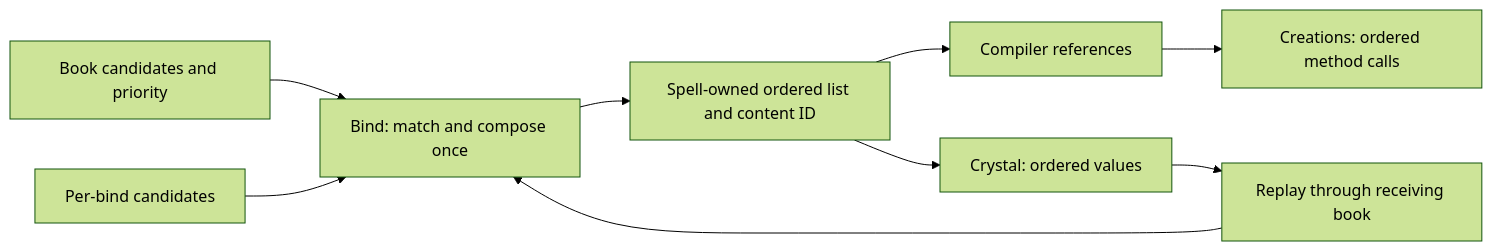
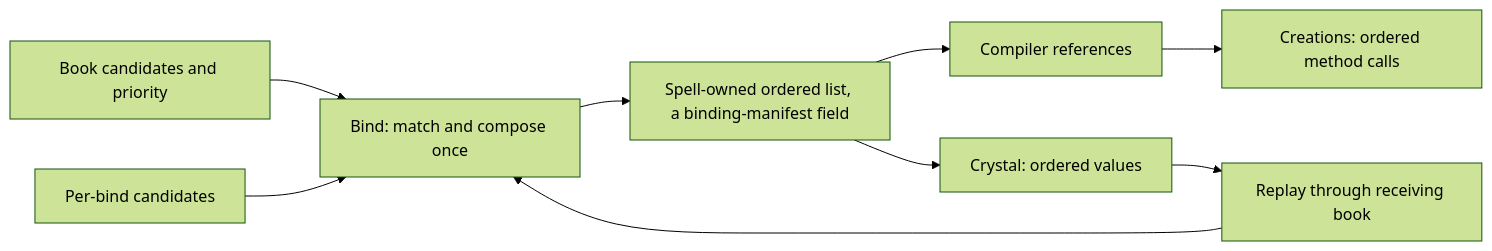
Diagram 16 of 16 in context_compass/system_docs/src_architecture.md (Synaptic724/melder), drawn with Mermaid (forest theme) before and after one commit. The commit also changed other lines of this file and 130 other files, not shown here.

Commit message:
Add new test result files and update spell_id references to include binding_hash

````diff
--- a/context_compass/system_docs/src_architecture.md
+++ b/context_compass/system_docs/src_architecture.md
@@ -4413,11 +4520,11 @@
 ```mermaid
 flowchart LR
   B[Book candidates and priority] --> M[Bind: match and compose once]
   E[Per-bind candidates] --> M
-  M --> S[Spell-owned ordered list and content ID]
+  M --> S[Spell-owned ordered list, a binding-manifest field]
   S --> P[Compiler references]
   P --> C[Creations: ordered method calls]
   S --> V[Crystal: ordered values]
   V --> R[Replay through receiving book]
   R --> M
 ```
````
